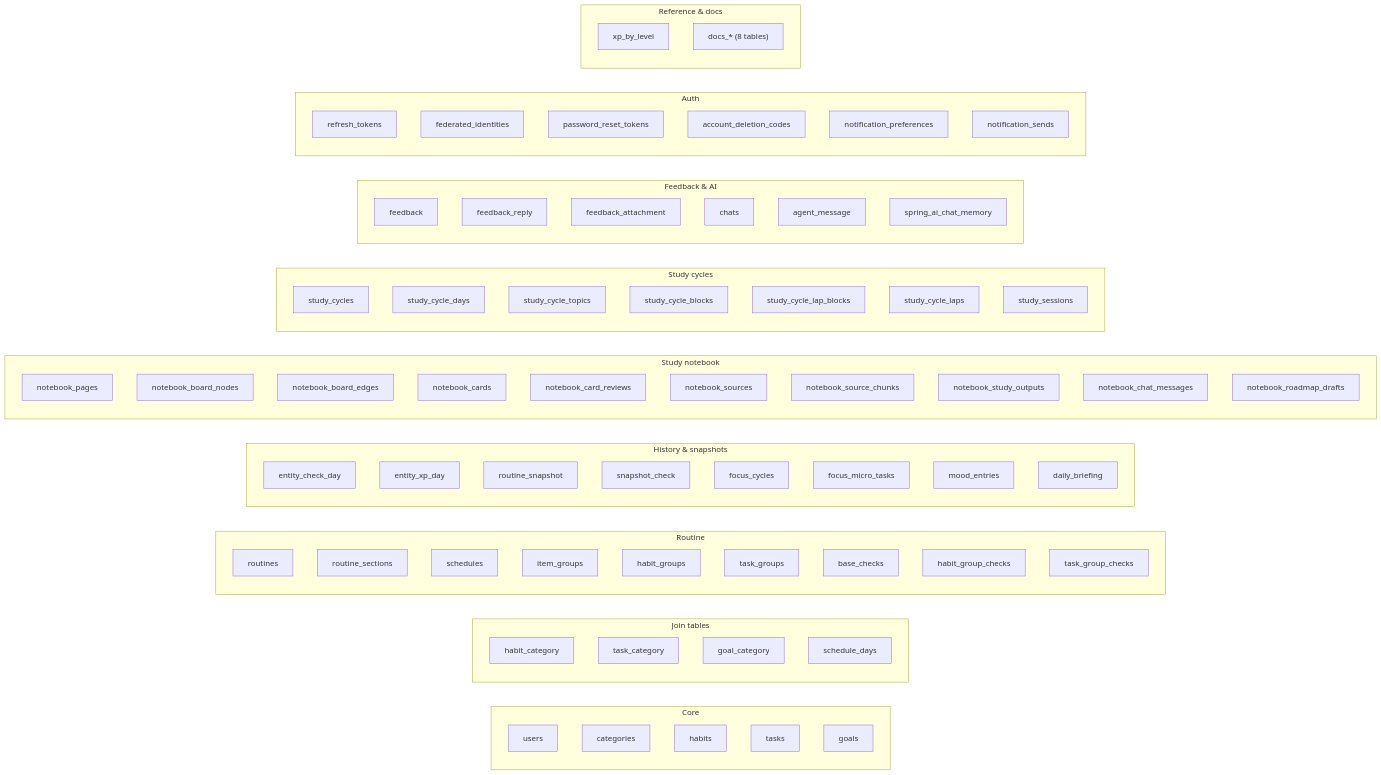
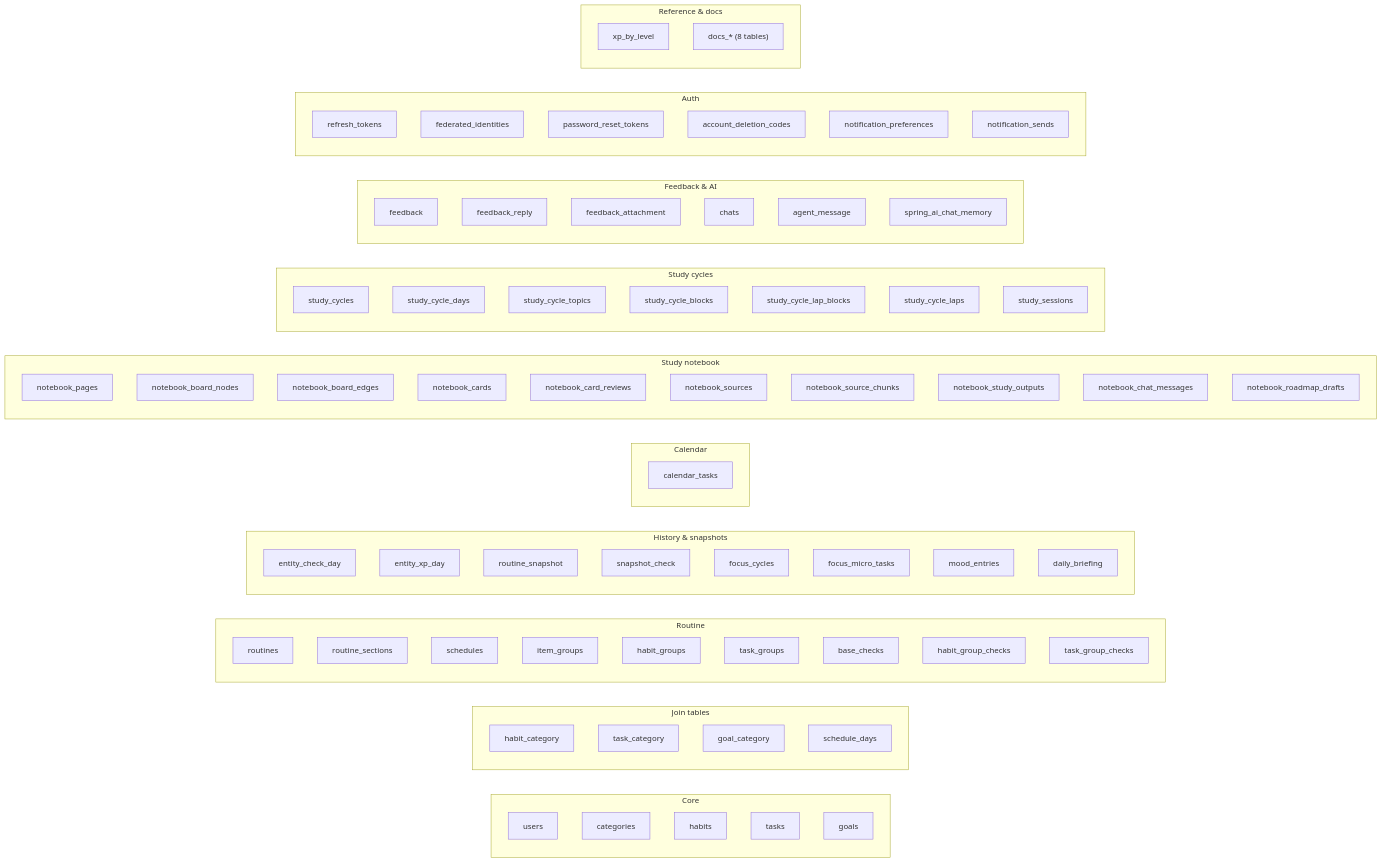
One commit to AndDev741/Beyou-arch-design changed the fifth of 5 diagrams in architecture/domain-model/en.md. Above: the diagram before and after it, drawn with Mermaid. The commit also changed other lines of this file and 32 other files, not shown here.

```diff
--- a/architecture/domain-model/en.md
+++ b/architecture/domain-model/en.md
@@ -604,6 +646,10 @@
     focus_micro_tasks
     mood_entries
     daily_briefing
+  end
+
+  subgraph calendar["Calendar"]
+    calendar_tasks
   end
 
   subgraph notebook["Study notebook"]
```
